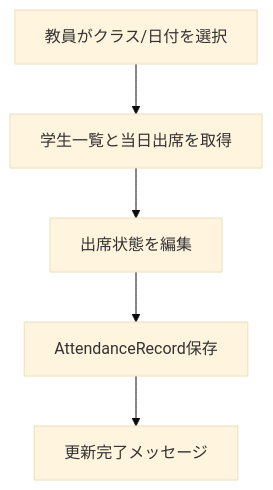
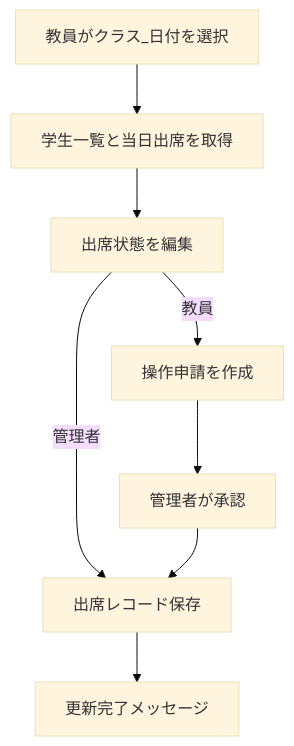
One commit to syusyusyusyu/Attendance changed the fifth of 9 diagrams in 仕様書.md. Above: the diagram before and after it, drawn with Mermaid (base theme). The commit also changed other lines of this file and 79 other files, not shown here.

````diff
--- a/仕様書.md
+++ b/仕様書.md
@@ -204,7 +236,10 @@
 ```mermaid
 flowchart TB
-  T1[教員がクラス/日付を選択] --> T2[学生一覧と当日出席を取得]
+  T1[教員がクラス_日付を選択] --> T2[学生一覧と当日出席を取得]
   T2 --> T3[出席状態を編集]
-  T3 --> T4[AttendanceRecord保存]
-  T4 --> T5[更新完了メッセージ]
+  T3 -->|教員| T4[操作申請を作成]
+  T3 -->|管理者| T5[出席レコード保存]
+  T4 --> T6[管理者が承認]
+  T6 --> T5
+  T5 --> T7[更新完了メッセージ]
 ```
````
